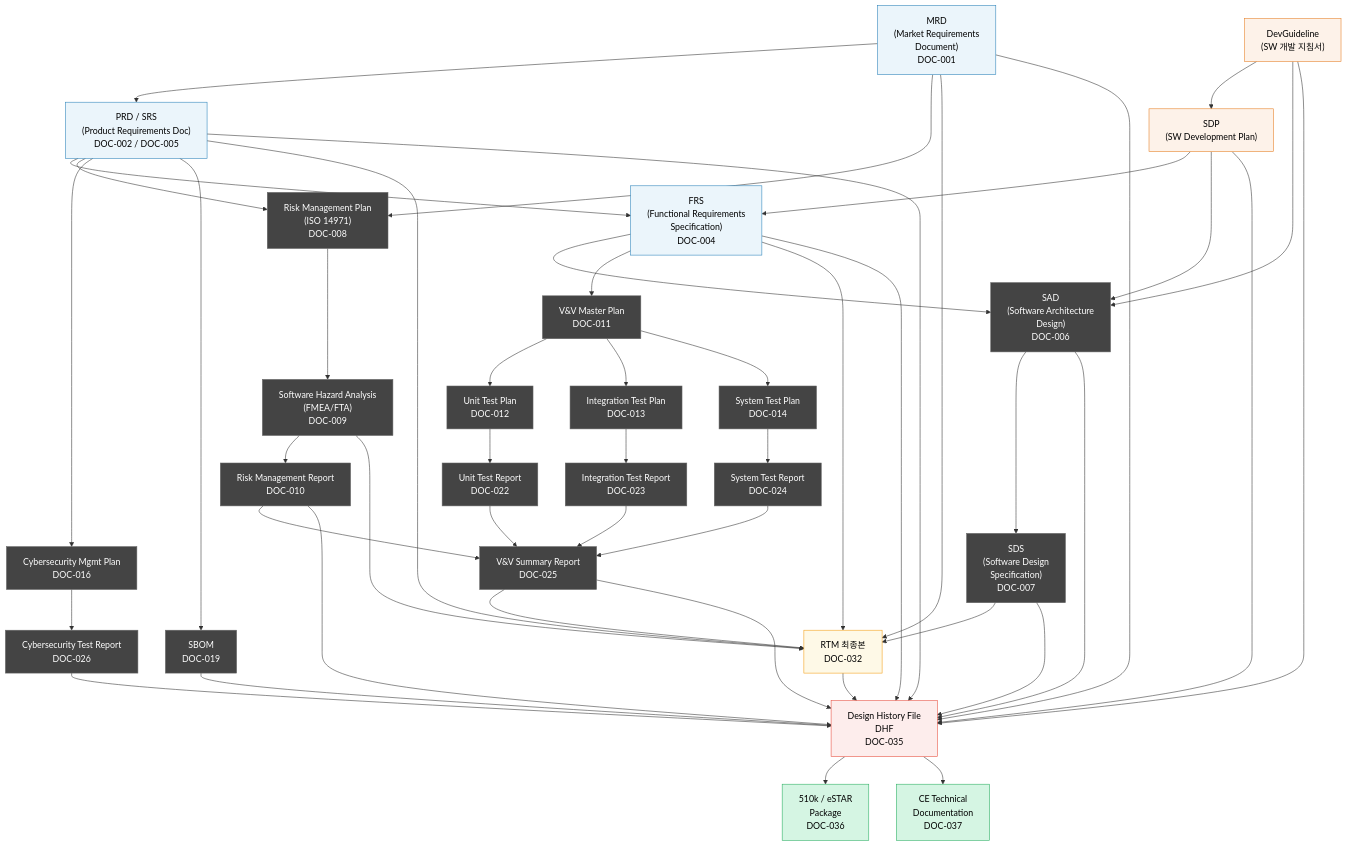
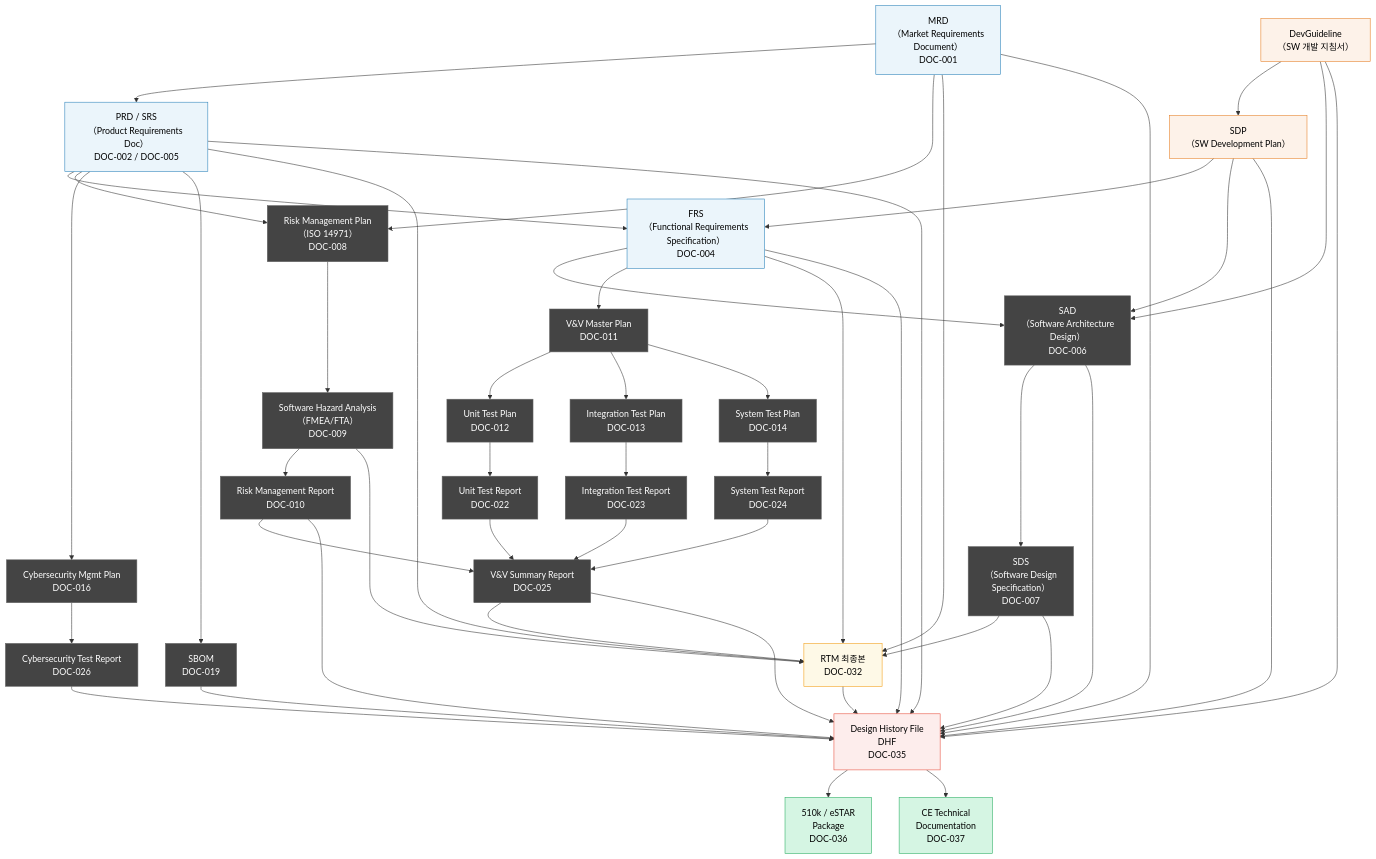
The sixth of 10 diagrams in docs/management/WBS-001_WBS_v1.0.md (holee9/console-gui), drawn with Mermaid before and after one commit. The commit also changed other lines of this file and 22 other files, not shown here.

First line of the commit message:
fix: Mermaid flowchart 노드 내 괄호 파싱 오류 전면 수정

````diff
--- a/docs/management/WBS-001_WBS_v1.0.md
+++ b/docs/management/WBS-001_WBS_v1.0.md
@@ -361,15 +361,15 @@
 ```mermaid
 flowchart TD
     classDef default fill:#444,stroke:#666,color:#fff
-    MRD["MRD\n(Market Requirements\nDocument)\nDOC-001"]
-    PRD["PRD / SRS\n(Product Requirements Doc)\nDOC-002 / DOC-005"]
-    FRS["FRS\n(Functional Requirements\nSpecification)\nDOC-004"]
-    SAD["SAD\n(Software Architecture\nDesign)\nDOC-006"]
-    SDS["SDS\n(Software Design\nSpecification)\nDOC-007"]
-    SDP["SDP\n(SW Development Plan)"]
-    DevGL["DevGuideline\n(SW 개발 지침서)"]
-    RMP["Risk Management Plan\n(ISO 14971)\nDOC-008"]
-    FMEA["Software Hazard Analysis\n(FMEA/FTA)\nDOC-009"]
+    MRD["MRD\n（Market Requirements\nDocument）\nDOC-001"]
+    PRD["PRD / SRS\n（Product Requirements Doc）\nDOC-002 / DOC-005"]
+    FRS["FRS\n（Functional Requirements\nSpecification）\nDOC-004"]
+    SAD["SAD\n（Software Architecture\nDesign）\nDOC-006"]
+    SDS["SDS\n（Software Design\nSpecification）\nDOC-007"]
+    SDP["SDP\n（SW Development Plan）"]
+    DevGL["DevGuideline\n（SW 개발 지침서）"]
+    RMP["Risk Management Plan\n（ISO 14971）\nDOC-008"]
+    FMEA["Software Hazard Analysis\n（FMEA/FTA）\nDOC-009"]
     RMR["Risk Management Report\nDOC-010"]
     VVPlan["V&V Master Plan\nDOC-011"]
     UTP["Unit Test Plan\nDOC-012"]
````
